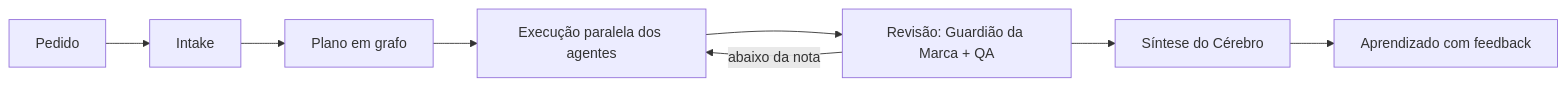
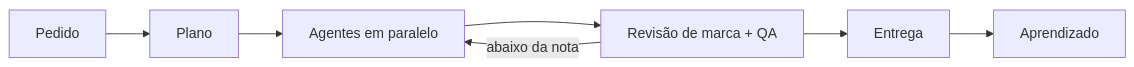
The diagram in README.md (SHzzz0/SHzzz0), drawn with Mermaid before and after one commit. The commit also changed other lines of this file, not shown here.

````diff
--- a/README.md
+++ b/README.md
@@ -96,10 +42,5 @@
 ```mermaid
 graph LR
-A[Pedido] --> B[Intake]
-B --> C[Plano em grafo]
-C --> D[Execução paralela dos agentes]
-D --> E[Revisão: Guardião da Marca + QA]
-E -->|abaixo da nota| D
-E --> F[Síntese do Cérebro]
-F --> G[Aprendizado com feedback]
+A[Pedido] --> B[Plano] --> C[Agentes em paralelo] --> D[Revisão de marca + QA] --> E[Entrega] --> F[Aprendizado]
+D -->|abaixo da nota| C
 ```
````
